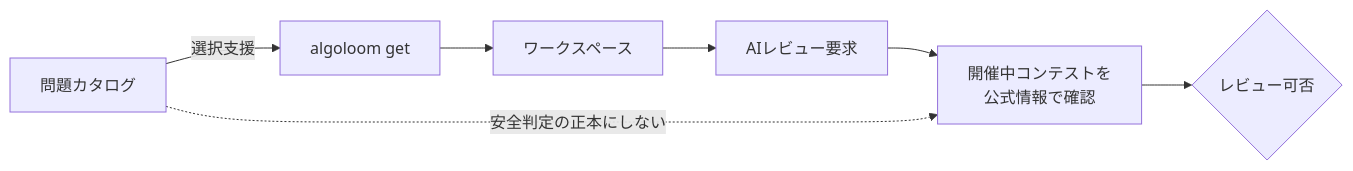
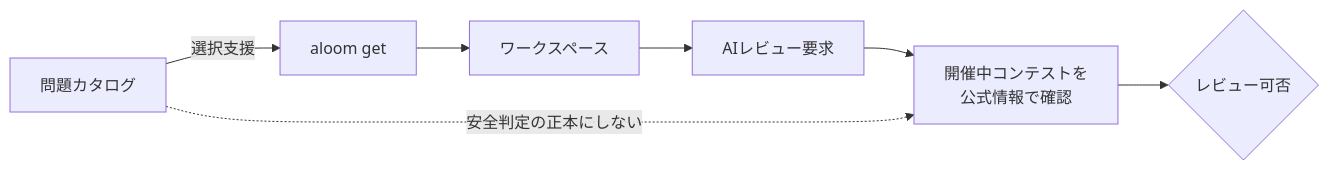
Before and after one commit to mgmaru/algo-loom: the eighth of 9 diagrams in design/problem-selection-and-catalog.md, drawn with Mermaid. The commit also changed other lines of this file and 7 other files, not shown here.

````diff
--- a/design/problem-selection-and-catalog.md
+++ b/design/problem-selection-and-catalog.md
@@ -709,11 +709,11 @@
 ```mermaid
 flowchart LR
-    C[問題カタログ] -->|選択支援| G[algoloom get]
+    C[問題カタログ] -->|選択支援| G[aloom get]
     G --> W[ワークスペース]
 
     W --> R[AIレビュー要求]
     R --> S[開催中コンテストを<br/>公式情報で確認]
     S --> D{レビュー可否}
 
     C -. 安全判定の正本にしない .-> S
 ```
````
